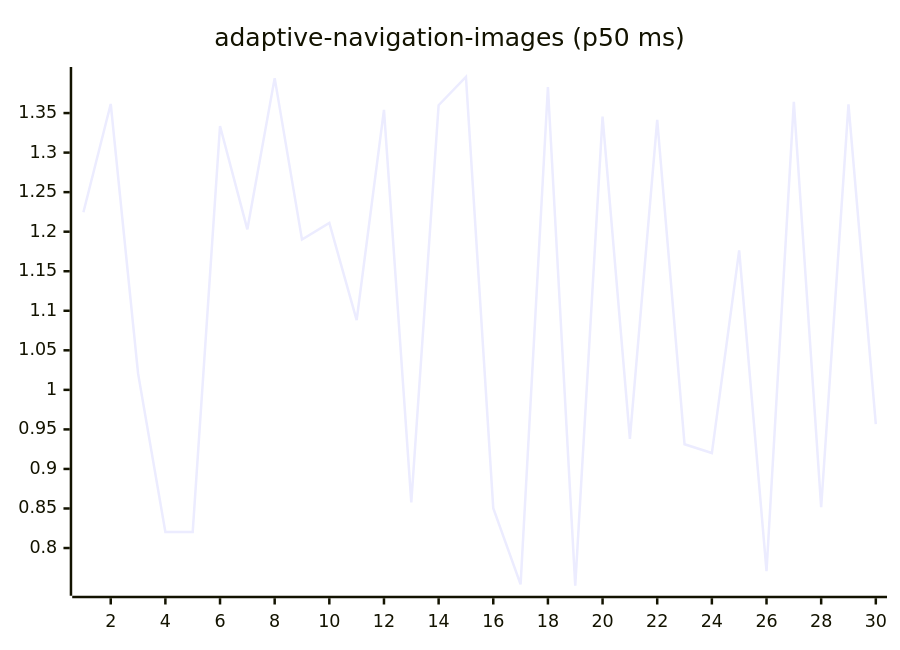
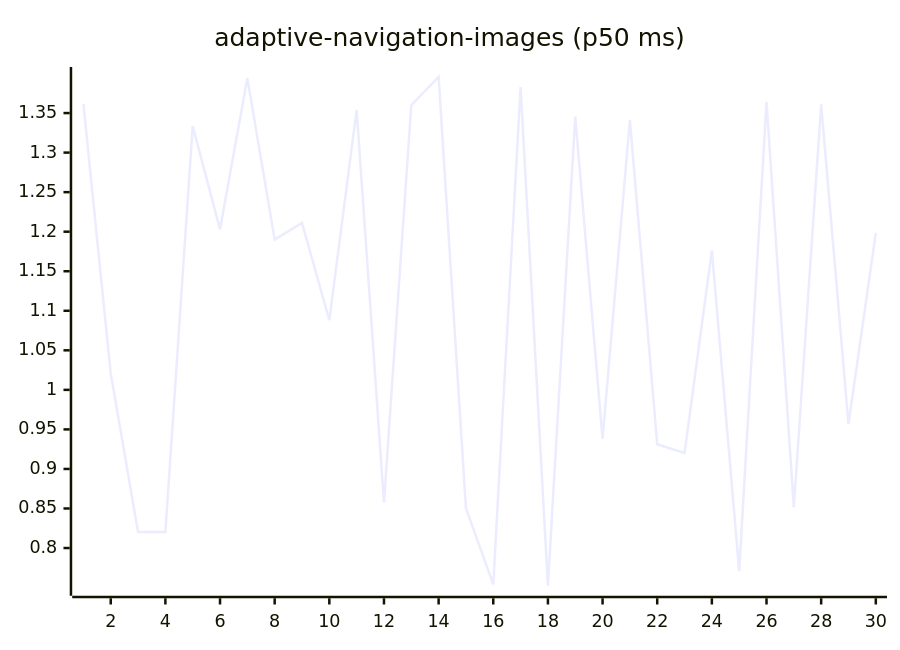
The first of 27 diagrams in README.md (josha/Facet), drawn with Mermaid before and after one commit. The commit also changed other lines of this file and 2 other files, not shown here.

````diff
--- a/README.md
+++ b/README.md
@@ -63,6 +63,6 @@
 ```mermaid
 xychart-beta
     title "adaptive-navigation-images (p50 ms)"
     x-axis 1 --> 30
-    line [1.2245, 1.3615, 1.0208, 0.8202, 0.8203, 1.3336, 1.2030, 1.3942, 1.1900, 1.2110, 1.0882, 1.3541, 0.8576, 1.3599, 1.3956, 0.8504, 0.7540, 1.3829, 0.7523, 1.3455, 0.9380, 1.3415, 0.9312, 0.9201, 1.1763, 0.7707, 1.3642, 0.8516, 1.3610, 0.9567]
+    line [1.3615, 1.0208, 0.8202, 0.8203, 1.3336, 1.2030, 1.3942, 1.1900, 1.2110, 1.0882, 1.3541, 0.8576, 1.3599, 1.3956, 0.8504, 0.7540, 1.3829, 0.7523, 1.3455, 0.9380, 1.3415, 0.9312, 0.9201, 1.1763, 0.7707, 1.3642, 0.8516, 1.3610, 0.9567, 1.1983]
 ```
````
